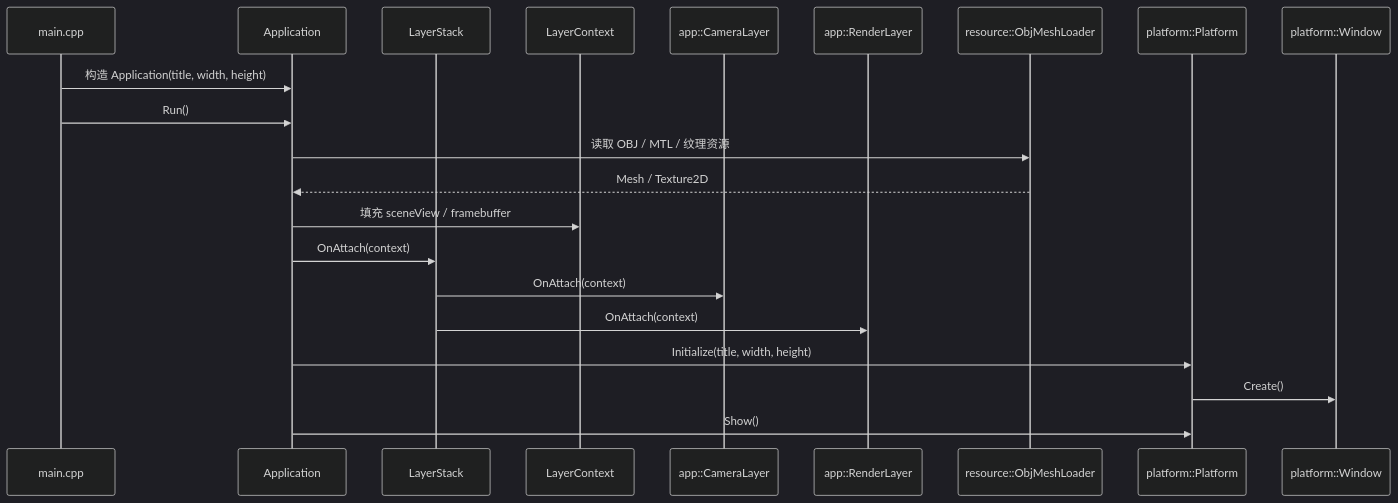
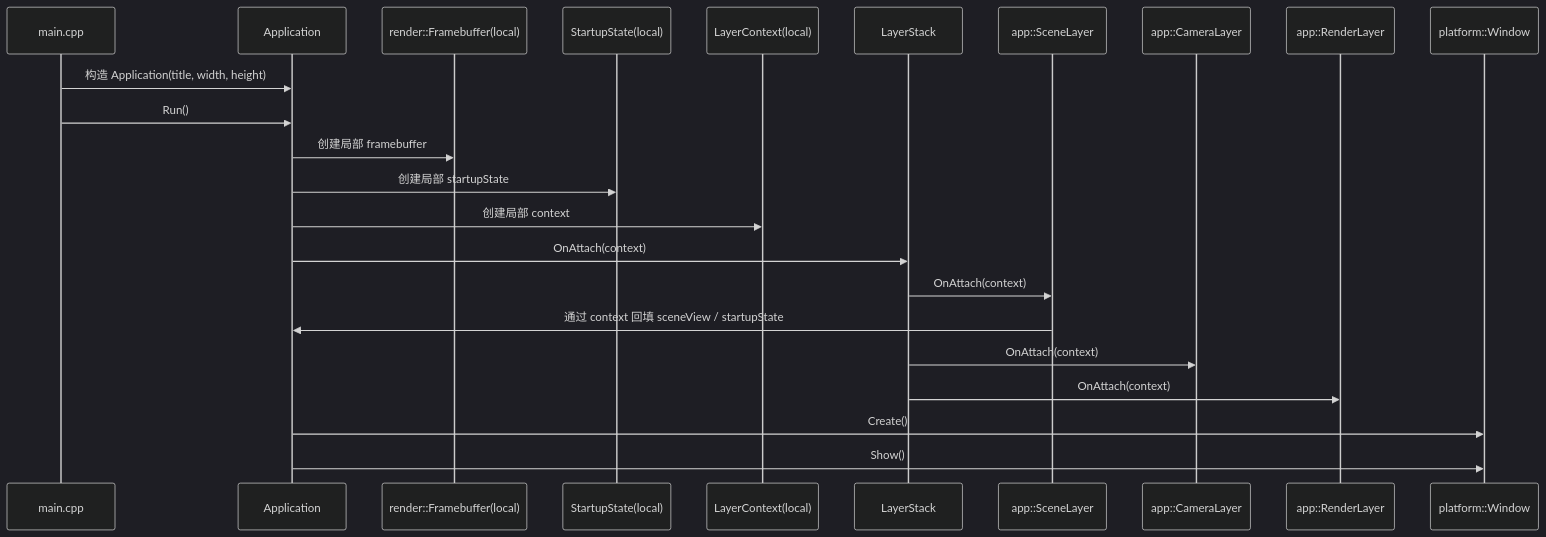
One commit to wanyan1114/softRenderer changed the second of 2 diagrams in docs/architecture/project-architecture.md. Above: the diagram before and after it, drawn with Mermaid (dark theme). The commit also changed other lines of this file and 44 other files, not shown here.

````diff
--- a/docs/architecture/project-architecture.md
+++ b/docs/architecture/project-architecture.md
@@ -80,24 +78,26 @@
 ```mermaid
 sequenceDiagram
     participant Main as main.cpp
     participant App as Application
+    participant FB as render::Framebuffer(local)
+    participant Startup as StartupState(local)
+    participant Ctx as LayerContext(local)
     participant Layers as LayerStack
-    participant Ctx as LayerContext
+    participant SceneLayer as app::SceneLayer
     participant CameraLayer as app::CameraLayer
     participant RenderLayer as app::RenderLayer
-    participant Loader as resource::ObjMeshLoader
-    participant Platform as platform::Platform
     participant Window as platform::Window
 
     Main->>App: 构造 Application(title, width, height)
     Main->>App: Run()
-    App->>Loader: 读取 OBJ / MTL / 纹理资源
-    Loader-->>App: Mesh / Texture2D
-    App->>Ctx: 填充 sceneView / framebuffer
+    App->>FB: 创建局部 framebuffer
+    App->>Startup: 创建局部 startupState
+    App->>Ctx: 创建局部 context
     App->>Layers: OnAttach(context)
+    Layers->>SceneLayer: OnAttach(context)
+    SceneLayer->>App: 通过 context 回填 sceneView / startupState
     Layers->>CameraLayer: OnAttach(context)
     Layers->>RenderLayer: OnAttach(context)
-    App->>Platform: Initialize(title, width, height)
-    Platform->>Window: Create()
-    App->>Platform: Show()
+    App->>Window: Create()
+    App->>Window: Show()
 ```
````
